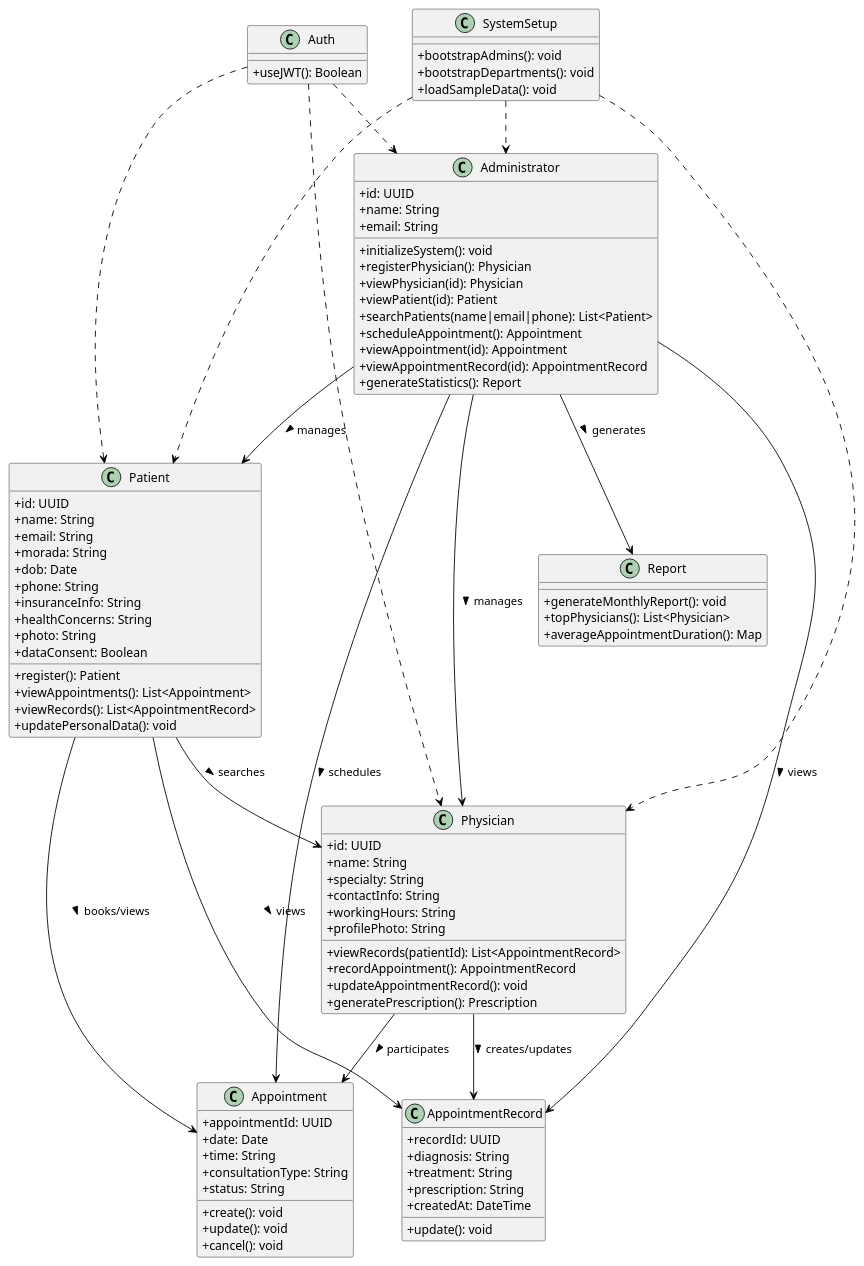
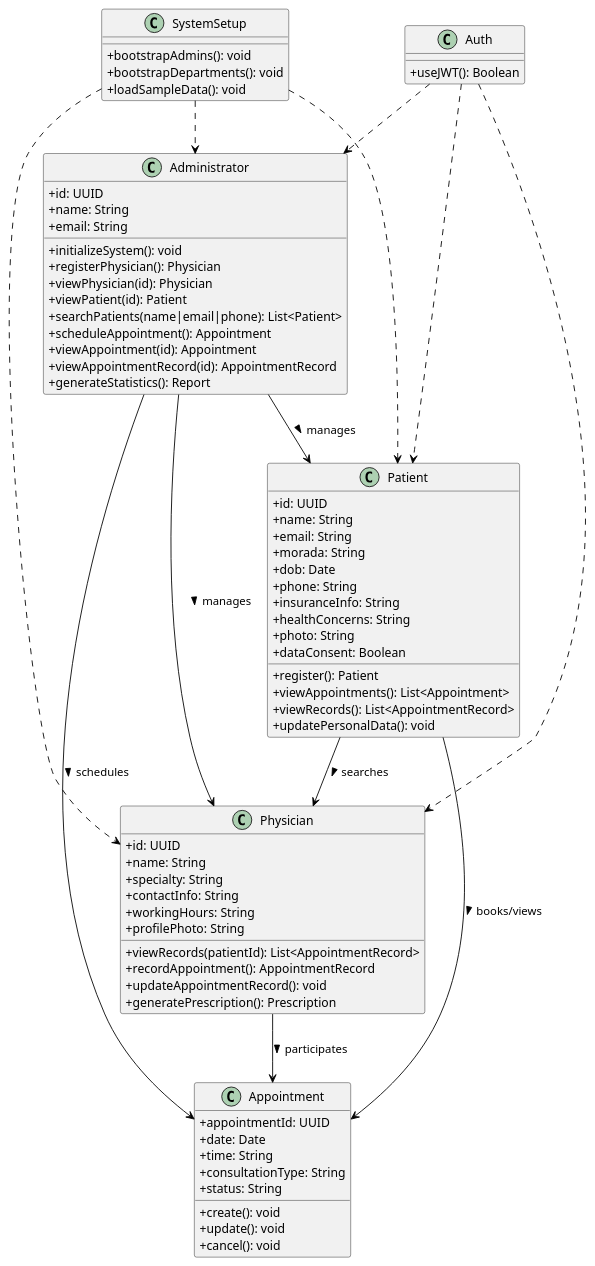
The diagram in Docs/domain-model.puml (luluisfcm/psoft_1221432_1231479_1222100), drawn with PlantUML before and after one commit.

Commit message:
domain model atualizado e corrigido

```diff
--- a/Docs/domain-model.puml
+++ b/Docs/domain-model.puml
@@ -1,109 +1,94 @@
 @startuml
 ' Configurações visuais
 skinparam classAttributeIconSize 0
 skinparam classFontSize 14
 skinparam ArrowColor Black
 
 ' Classes principais
 class Administrator {
   +id: UUID
   +name: String
   +email: String
   +initializeSystem(): void
   +registerPhysician(): Physician
   +viewPhysician(id): Physician
   +viewPatient(id): Patient
   +searchPatients(name|email|phone): List<Patient>
   +scheduleAppointment(): Appointment
   +viewAppointment(id): Appointment
   +viewAppointmentRecord(id): AppointmentRecord
   +generateStatistics(): Report
 }
 
 class Physician {
   +id: UUID
   +name: String
   +specialty: String
   +contactInfo: String
   +workingHours: String
   +profilePhoto: String
   +viewRecords(patientId): List<AppointmentRecord>
   +recordAppointment(): AppointmentRecord
   +updateAppointmentRecord(): void
   +generatePrescription(): Prescription
 }
 
 class Patient {
   +id: UUID
   +name: String
   +email: String
   +morada: String
   +dob: Date
   +phone: String
   +insuranceInfo: String
   +healthConcerns: String
   +photo: String
   +dataConsent: Boolean
   +register(): Patient
   +viewAppointments(): List<Appointment>
   +viewRecords(): List<AppointmentRecord>
   +updatePersonalData(): void
 }
 
 class Appointment {
   +appointmentId: UUID
   +date: Date
   +time: String
   +consultationType: String
   +status: String
   +create(): void
   +update(): void
   +cancel(): void
 }
 
-class AppointmentRecord {
-  +recordId: UUID
-  +diagnosis: String
-  +treatment: String
-  +prescription: String
-  +createdAt: DateTime
-  +update(): void
-}
 
-class Report {
-  +generateMonthlyReport(): void
-  +topPhysicians(): List<Physician>
-  +averageAppointmentDuration(): Map
-}
+
+
 
 class SystemSetup {
   +bootstrapAdmins(): void
   +bootstrapDepartments(): void
   +loadSampleData(): void
 }
 
 class Auth {
   +useJWT(): Boolean
 }
 
 ' Relacionamentos
 Administrator --> Physician : manages >
 Administrator --> Patient : manages >
 Administrator --> Appointment : schedules >
-Administrator --> AppointmentRecord : views >
-Administrator --> Report : generates >
-Physician --> AppointmentRecord : creates/updates >
 Physician --> Appointment : participates >
 Patient --> Appointment : books/views >
-Patient --> AppointmentRecord : views >
 Patient --> Physician : searches >
 
 SystemSetup ..> Administrator
 SystemSetup ..> Physician
 SystemSetup ..> Patient
 
 Auth ..> Administrator
 Auth ..> Physician
 Auth ..> Patient
 
 @enduml
```
